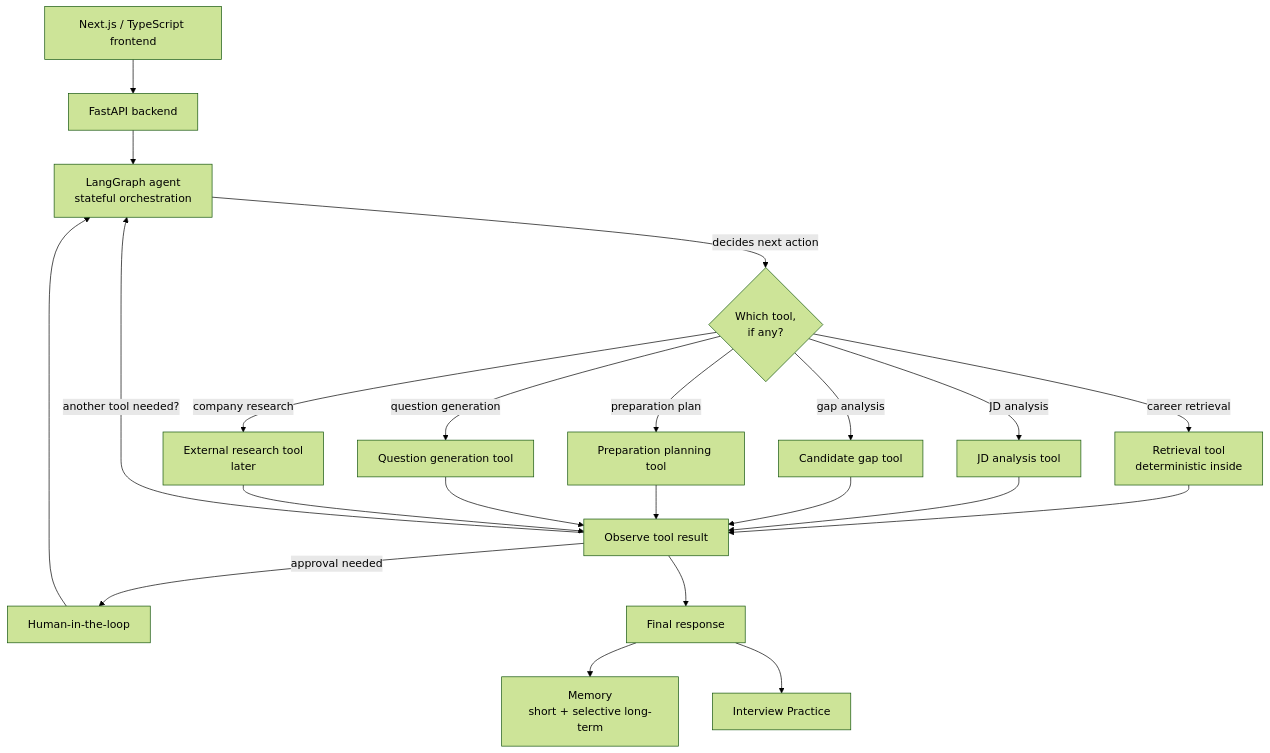
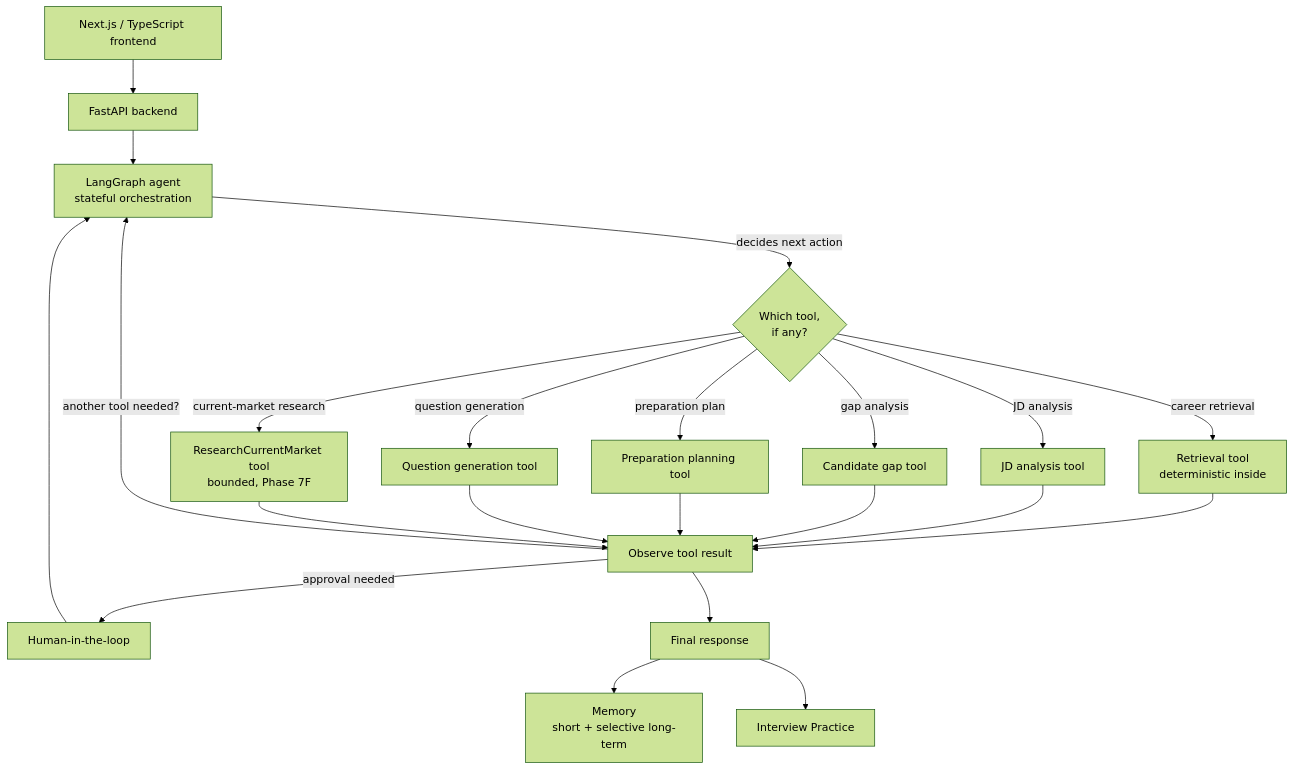
The second of 12 diagrams in docs/sprint4_architecture.md (moaltamimi-unbiasedtalent/Intelligent-Interview-Coach), drawn with Mermaid (forest theme) before and after one commit. The commit also changed other lines of this file and 8 other files, not shown here.

````diff
--- a/docs/sprint4_architecture.md
+++ b/docs/sprint4_architecture.md
@@ -101,24 +101,24 @@
 ```mermaid
 flowchart TD
     FE[Next.js / TypeScript frontend] --> API[FastAPI backend]
     API --> AG[LangGraph agent<br/>stateful orchestration]
     AG -->|decides next action| DEC{Which tool,<br/>if any?}
     DEC -->|career retrieval| RT[Retrieval tool<br/>deterministic inside]
     DEC -->|JD analysis| JD[JD analysis tool]
     DEC -->|gap analysis| GAP[Candidate gap tool]
     DEC -->|preparation plan| PLAN[Preparation planning tool]
     DEC -->|question generation| QG[Question generation tool]
-    DEC -->|company research| EXT[External research tool<br/>later]
+    DEC -->|current-market research| EXT[ResearchCurrentMarket tool<br/>bounded, Phase 7F]
     RT --> OBS[Observe tool result]
     JD --> OBS
     GAP --> OBS
     PLAN --> OBS
     QG --> OBS
     EXT --> OBS
     OBS -->|another tool needed?| AG
     OBS -->|approval needed| HITL[Human-in-the-loop]
     HITL --> AG
     OBS --> FIN[Final response]
     FIN --> MEM[Memory<br/>short + selective long-term]
     FIN --> IP[Interview Practice]
 ```
````
